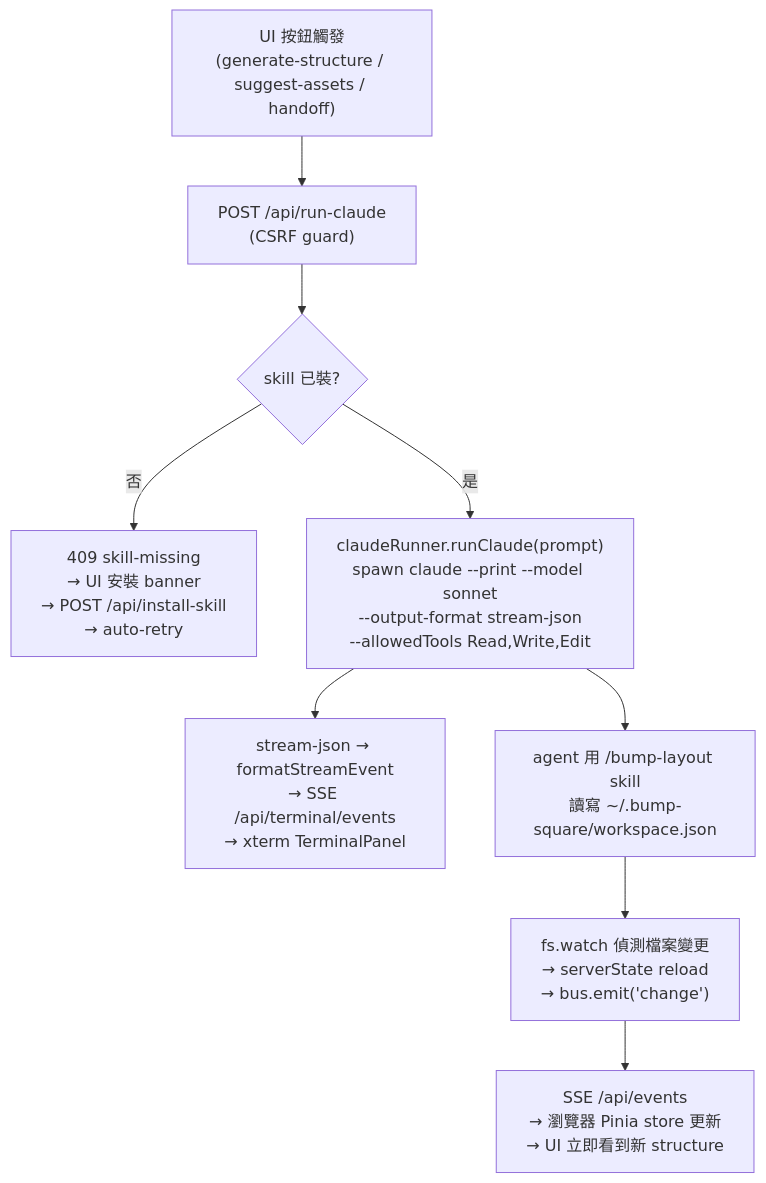
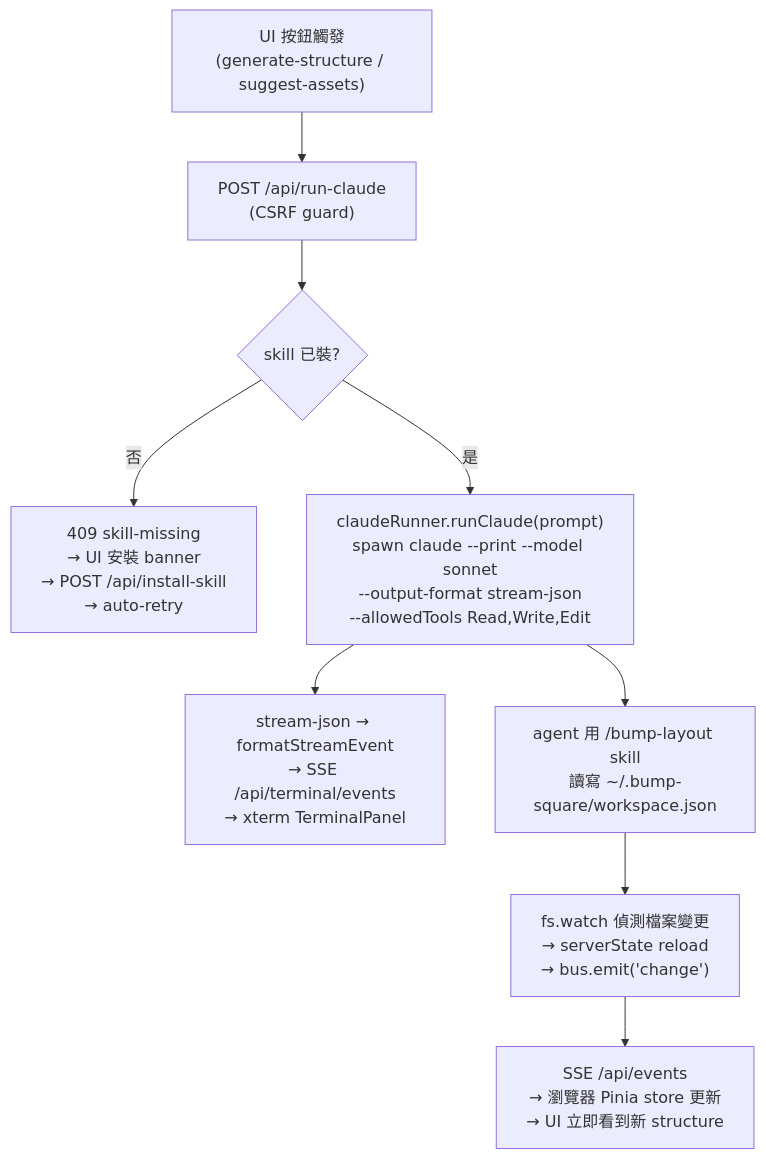
The diagram in CLAUDE.md (silencechung/bump-square), drawn with Mermaid before and after one commit. The commit also changed other lines of this file and 1 other file, not shown here.

First line of the commit message:
Casual-tone README rewrite + fix CLAUDE.md handoff drift

````diff
--- a/CLAUDE.md
+++ b/CLAUDE.md
@@ -102,11 +101,11 @@
 ```mermaid
 flowchart TD
-    A["UI 按鈕觸發\n(generate-structure / suggest-assets / handoff)"] --> B["POST /api/run-claude\n(CSRF guard)"]
+    A["UI 按鈕觸發\n(generate-structure / suggest-assets)"] --> B["POST /api/run-claude\n(CSRF guard)"]
     B --> C{"skill 已裝?"}
     C -- "否" --> D["409 skill-missing\n→ UI 安裝 banner\n→ POST /api/install-skill\n→ auto-retry"]
     C -- "是" --> E["claudeRunner.runClaude(prompt)\nspawn claude --print --model sonnet\n--output-format stream-json\n--allowedTools Read,Write,Edit"]
     E --> F["stream-json → formatStreamEvent\n→ SSE /api/terminal/events\n→ xterm TerminalPanel"]
     E --> G["agent 用 /bump-layout skill\n讀寫 ~/.bump-square/workspace.json"]
     G --> H["fs.watch 偵測檔案變更\n→ serverState reload\n→ bus.emit('change')"]
     H --> I["SSE /api/events\n→ 瀏覽器 Pinia store 更新\n→ UI 立即看到新 structure"]
 ```
````
